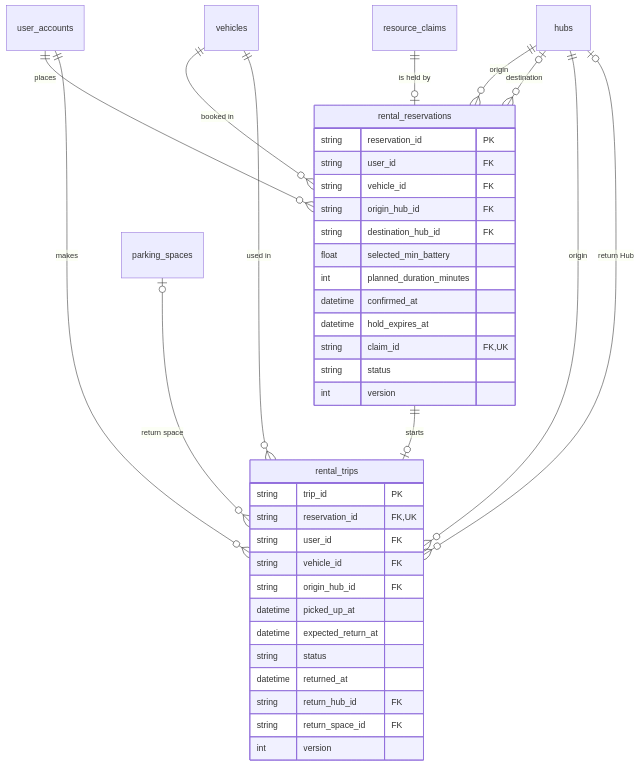
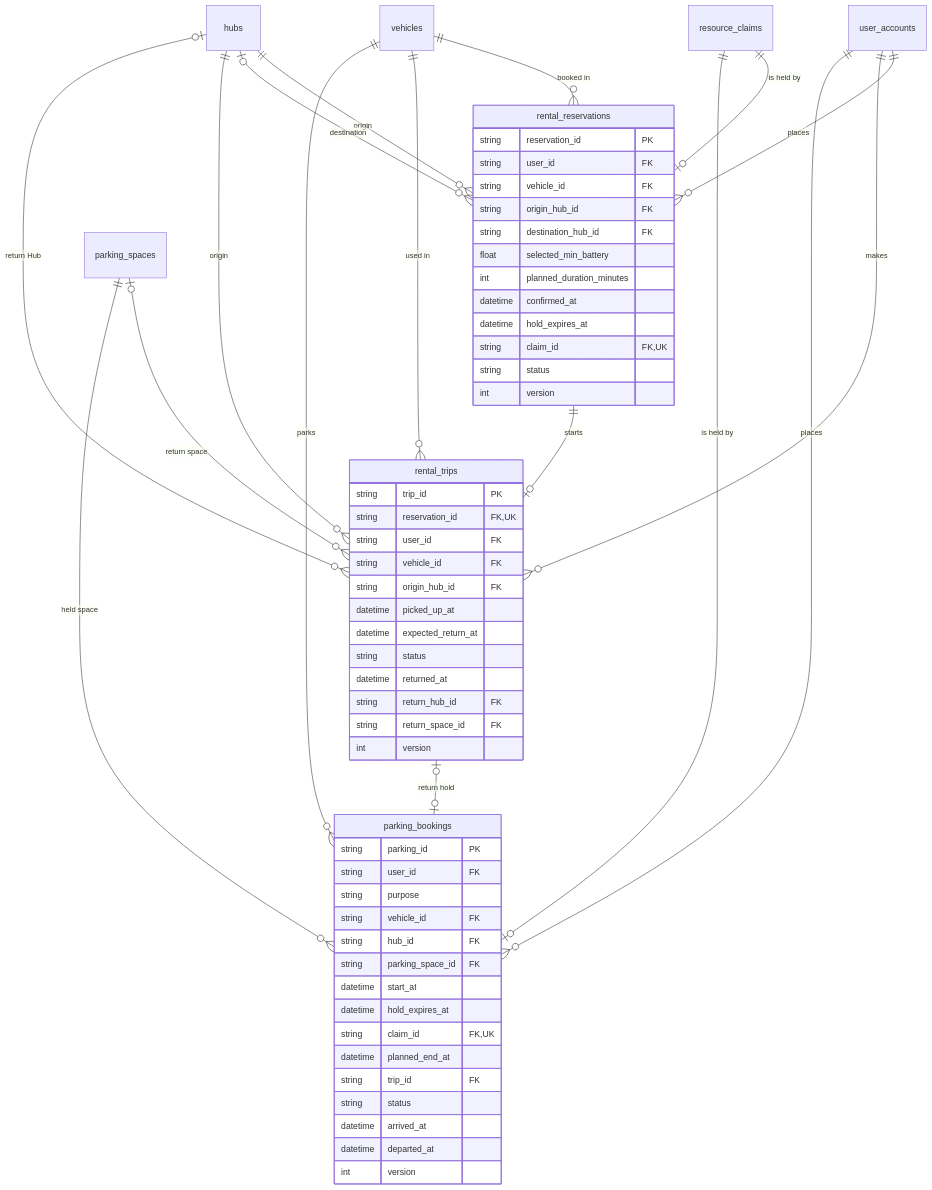
Before and after one commit to MabC06/smart-e-mobility-hub: the fourth of 7 diagrams in docs/report/04-structural-design.md, drawn with Mermaid. The commit also changed other lines of this file and 6 other files, not shown here.

````diff
--- a/docs/report/04-structural-design.md
+++ b/docs/report/04-structural-design.md
@@ -245,43 +245,65 @@
 ```mermaid
 erDiagram
     user_accounts ||--o{ rental_reservations : places
     vehicles ||--o{ rental_reservations : "booked in"
     hubs ||--o{ rental_reservations : "origin"
     hubs |o--o{ rental_reservations : "destination"
     resource_claims ||--o| rental_reservations : "is held by"
     rental_reservations ||--o| rental_trips : starts
     user_accounts ||--o{ rental_trips : makes
     vehicles ||--o{ rental_trips : "used in"
     hubs ||--o{ rental_trips : "origin"
     hubs |o--o{ rental_trips : "return Hub"
     parking_spaces |o--o{ rental_trips : "return space"
+    user_accounts ||--o{ parking_bookings : places
+    vehicles ||--o{ parking_bookings : "parks"
+    parking_spaces ||--o{ parking_bookings : "held space"
+    resource_claims ||--o| parking_bookings : "is held by"
+    rental_trips |o--o| parking_bookings : "return hold"
 
     rental_reservations {
         string reservation_id PK
         string user_id FK
         string vehicle_id FK
         string origin_hub_id FK
         string destination_hub_id FK
         float selected_min_battery
         int planned_duration_minutes
         datetime confirmed_at
         datetime hold_expires_at
         string claim_id FK, UK
         string status
         int version
     }
     rental_trips {
         string trip_id PK
         string reservation_id FK, UK
         string user_id FK
         string vehicle_id FK
         string origin_hub_id FK
         datetime picked_up_at
         datetime expected_return_at
         string status
         datetime returned_at
         string return_hub_id FK
         string return_space_id FK
         int version
     }
+    parking_bookings {
+        string parking_id PK
+        string user_id FK
+        string purpose
+        string vehicle_id FK
+        string hub_id FK
+        string parking_space_id FK
+        datetime start_at
+        datetime hold_expires_at
+        string claim_id FK, UK
+        datetime planned_end_at
+        string trip_id FK
+        string status
+        datetime arrived_at
+        datetime departed_at
+        int version
+    }
 ```
````
